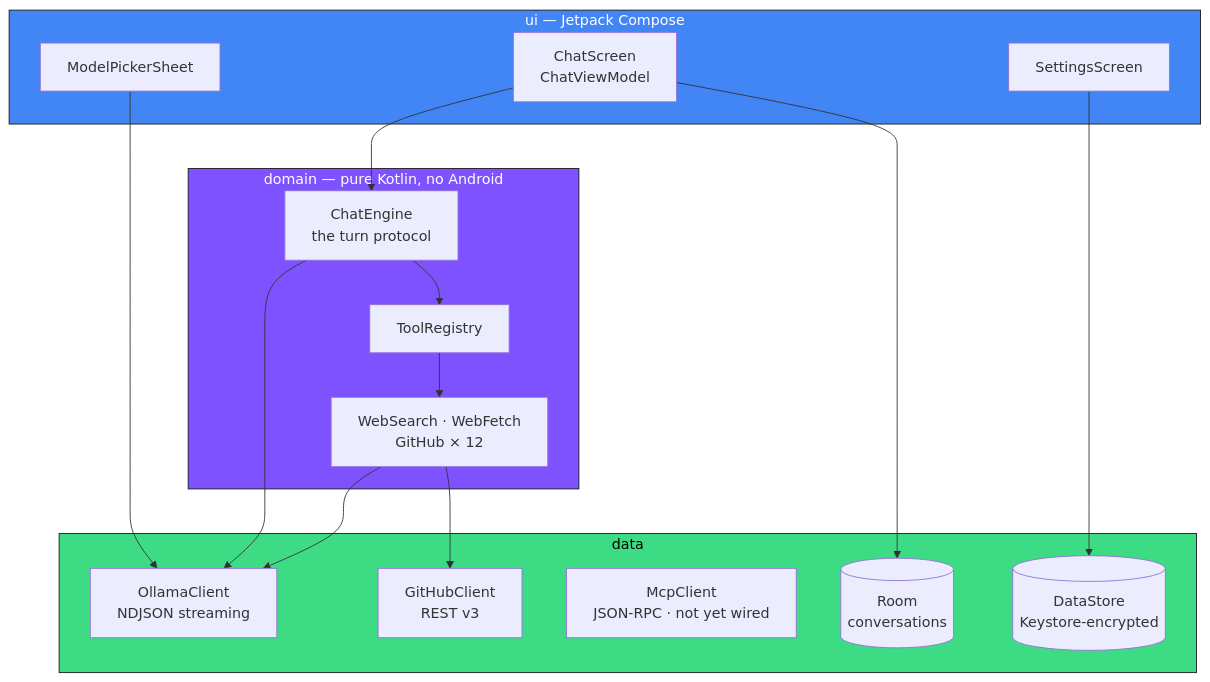
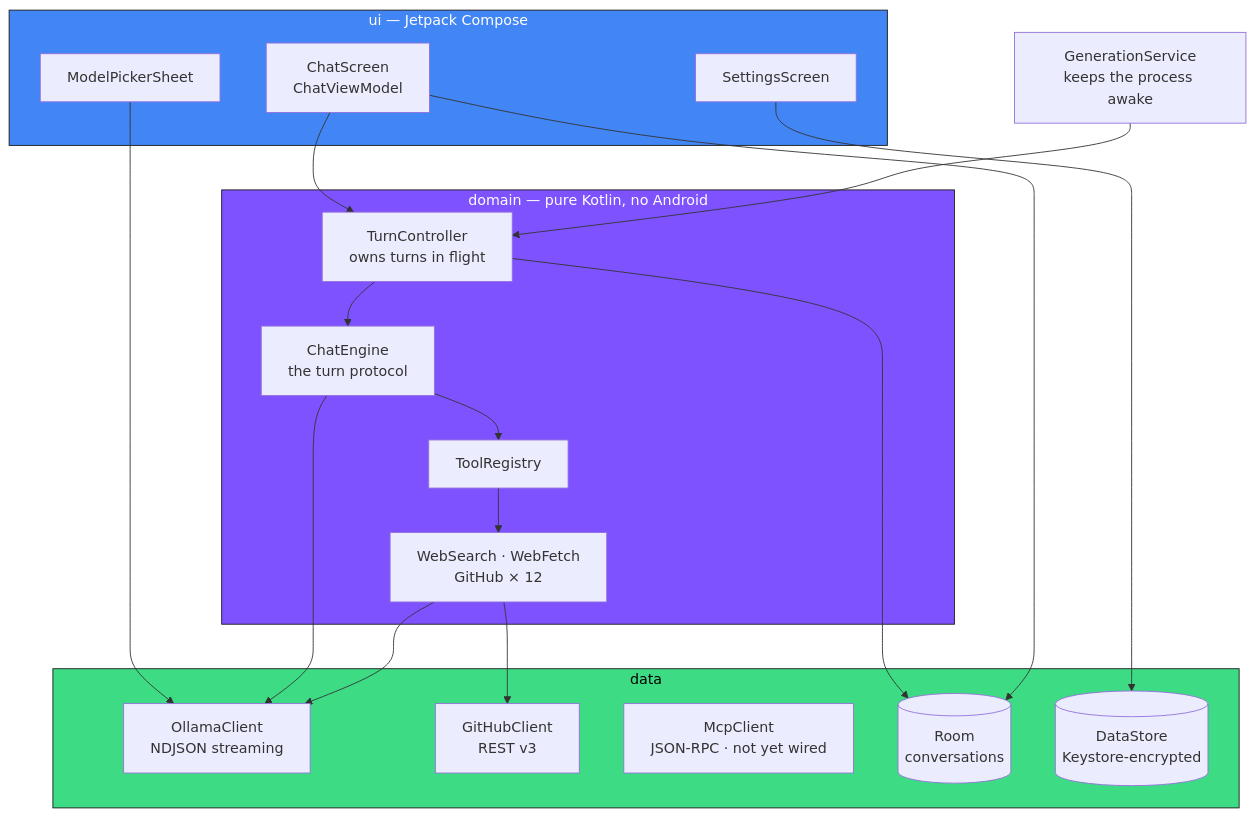
One commit to klaibercore/cirrus changed the first of 2 diagrams in README.md. Above: the diagram before and after it, drawn with Mermaid. The commit also changed other lines of this file and 3 other files, not shown here.

````diff
--- a/README.md
+++ b/README.md
@@ -167,36 +168,40 @@
 ```mermaid
 graph TD
     subgraph ui["ui — Jetpack Compose"]
         Chat[ChatScreen<br/>ChatViewModel]
         Settings[SettingsScreen]
         Picker[ModelPickerSheet]
     end
 
     subgraph domain["domain — pure Kotlin, no Android"]
+        Controller[TurnController<br/>owns turns in flight]
         Engine[ChatEngine<br/>the turn protocol]
         Registry[ToolRegistry]
         Tools[WebSearch · WebFetch<br/>GitHub × 12]
     end
 
     subgraph data["data"]
         Ollama[OllamaClient<br/>NDJSON streaming]
         GitHub[GitHubClient<br/>REST v3]
         Mcp[McpClient<br/>JSON-RPC · not yet wired]
         Room[(Room<br/>conversations)]
         Store[(DataStore<br/>Keystore-encrypted)]
     end
 
-    Chat --> Engine
+    Chat --> Controller
+    Controller --> Engine
+    Controller --> Room
+    Service[GenerationService<br/>keeps the process awake] --> Controller
     Settings --> Store
     Picker --> Ollama
     Engine --> Registry
     Registry --> Tools
     Engine --> Ollama
     Tools --> GitHub
     Tools --> Ollama
     Chat --> Room
 
     style ui fill:#4285F4,stroke:#1a1a1a,color:#fff
     style domain fill:#7F52FF,stroke:#1a1a1a,color:#fff
     style data fill:#3DDC84,stroke:#1a1a1a,color:#000
 ```
````
